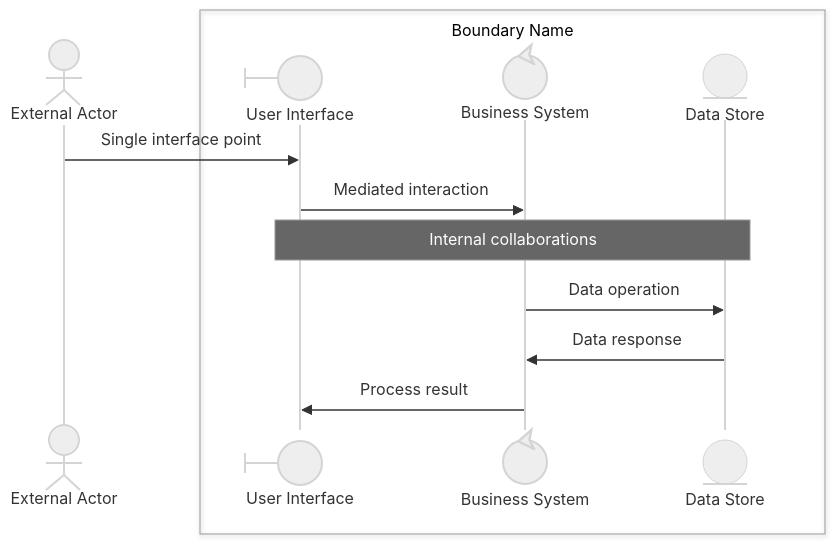
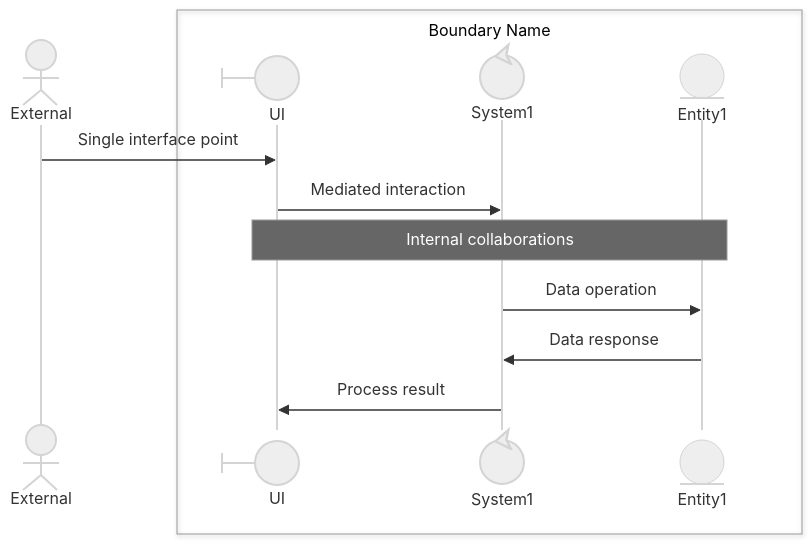
One commit to zhongadamwang/AI_Slowcooker changed the first of 9 diagrams in OrgDocument/projects/03 - Building Skills Iteration 2/artifacts/Analysis/boundary-concepts.md. Above: the diagram before and after it, drawn with Mermaid (neutral theme). The commit also changed other lines of this file and 6 other files, not shown here.

````diff
--- a/OrgDocument/projects/03 - Building Skills Iteration 2/artifacts/Analysis/boundary-concepts.md
+++ b/OrgDocument/projects/03 - Building Skills Iteration 2/artifacts/Analysis/boundary-concepts.md
@@ -40,18 +40,18 @@
 ```mermaid
 sequenceDiagram
-    participant External@{ "type" : "actor" } as External Actor
+    participant External@{ "type": "actor", "label": "External Actor" }
     
     box Boundary Name
-        participant UI@{ "type" : "boundary" } as User Interface
-        participant System1@{ "type" : "control" } as Business System
-        participant Entity1@{ "type" : "entity" } as Data Store
+        participant UI@{ "type": "boundary", "label": "User Interface" }
+        participant System1@{ "type": "control", "label": "Business System" }
+        participant Entity1@{ "type": "entity", "label": "Data Store" }
     end
     
     External->>UI: Single interface point
     UI->>System1: Mediated interaction
     
     Note over UI,Entity1: Internal collaborations
     System1->>Entity1: Data operation
     Entity1->>System1: Data response
     System1->>UI: Process result
 ```
````
